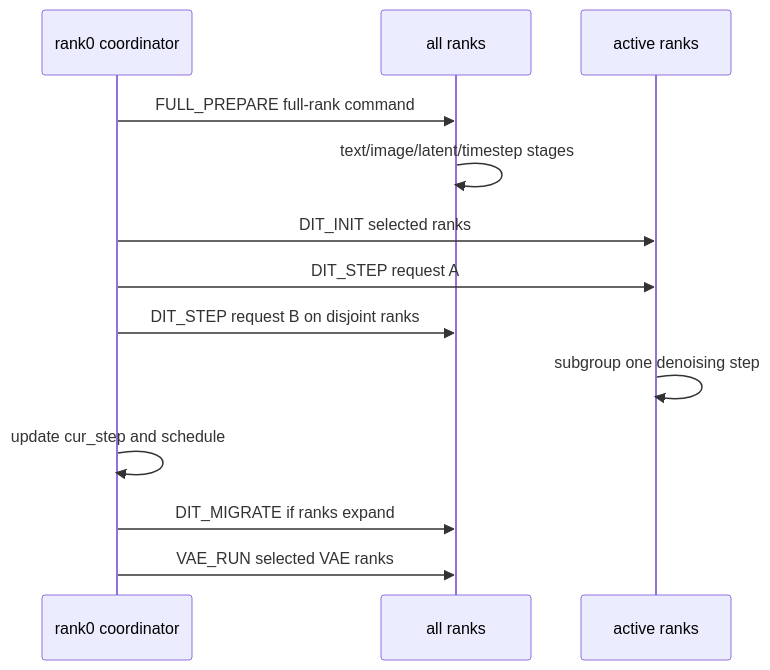
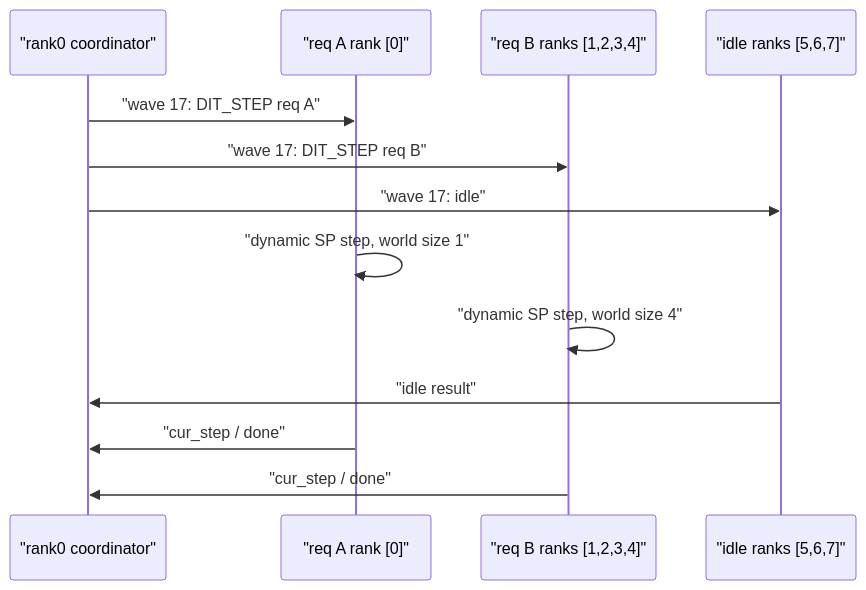
One commit to FredHuang99/sglang changed the third of 3 diagrams in docs/ddit/sglang_ddit_cookbook.md. Above: the diagram before and after it, drawn with Mermaid. The commit also changed other lines of this file and 7 other files, not shown here.

````diff
--- a/docs/ddit/sglang_ddit_cookbook.md
+++ b/docs/ddit/sglang_ddit_cookbook.md
@@ -156,15 +154,15 @@
 ```mermaid
 sequenceDiagram
-  participant C as rank0 coordinator
-  participant R as all ranks
-  participant A as active ranks
-  C->>R: FULL_PREPARE full-rank command
-  R->>R: text/image/latent/timestep stages
-  C->>A: DIT_INIT selected ranks
-  C->>A: DIT_STEP request A
-  C->>R: DIT_STEP request B on disjoint ranks
-  A->>A: subgroup one denoising step
-  C->>C: update cur_step and schedule
-  C->>R: DIT_MIGRATE if ranks expand
-  C->>R: VAE_RUN selected VAE ranks
+  participant C as "rank0 coordinator"
+  participant A as "req A rank [0]"
+  participant B as "req B ranks [1,2,3,4]"
+  participant I as "idle ranks [5,6,7]"
+  C->>A: "wave 17: DIT_STEP req A"
+  C->>B: "wave 17: DIT_STEP req B"
+  C->>I: "wave 17: idle"
+  A->>A: "dynamic SP step, world size 1"
+  B->>B: "dynamic SP step, world size 4"
+  I->>C: "idle result"
+  A->>C: "cur_step / done"
+  B->>C: "cur_step / done"
 ```
````
